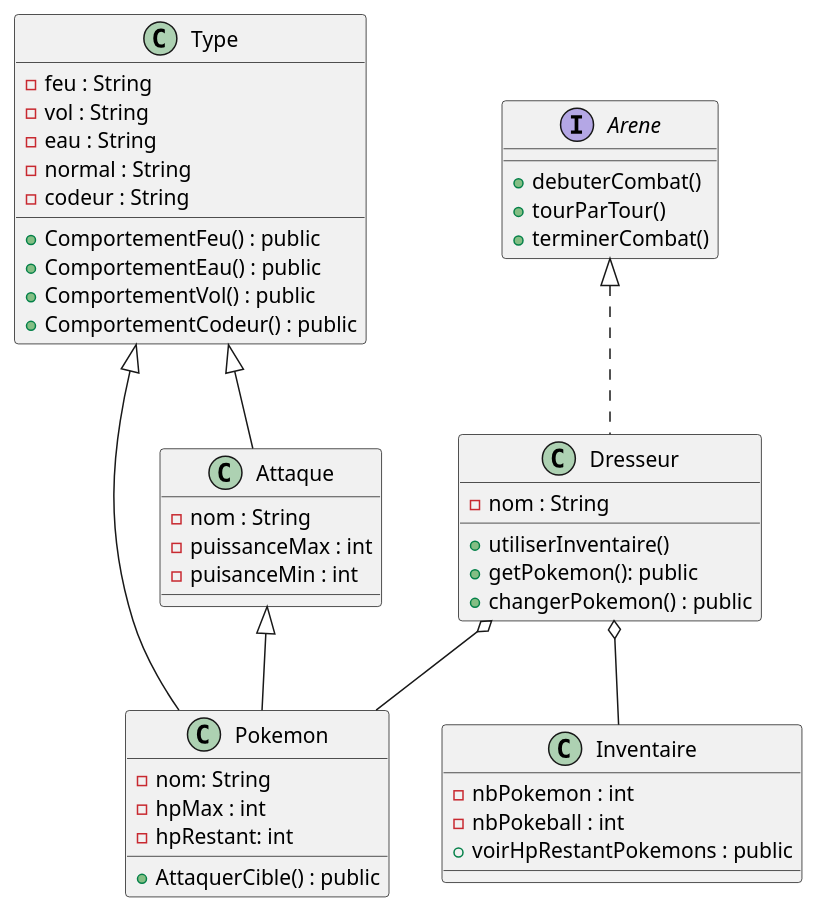
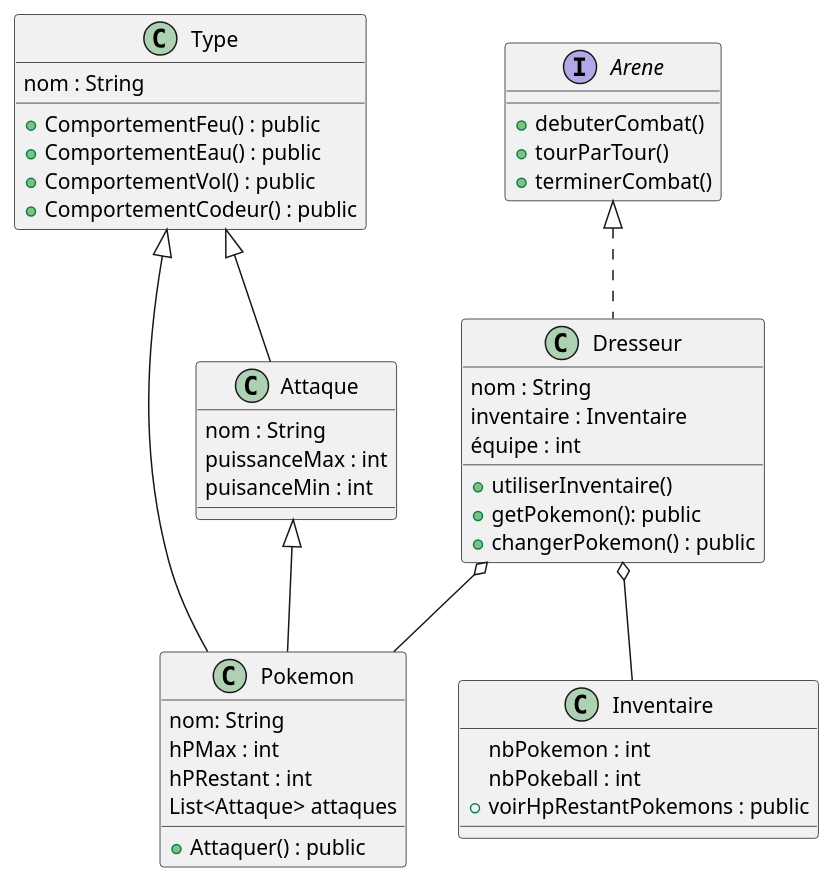
Before and after one commit to ELMcode/PokemonJava: the diagram in README.md, drawn with PlantUML. The commit also changed other lines of this file, not shown here.

Commit message:
Fix(PokemonApp/ReadMe)  diagramme :memo:

````diff
--- a/README.md
+++ b/README.md
@@ -12,55 +12,54 @@
 ```plantuml
 @startuml
 
 Class Dresseur implements Arene{
-- nom : String
+nom : String
+inventaire : Inventaire
+équipe : int
 + utiliserInventaire()
 + getPokemon(): public
 + changerPokemon() : public
 }
 
 Class Pokemon extends Type, Attaque {
-- nom: String
-- hpMax : int
-- hpRestant: int
-+ AttaquerCible() : public
+nom: String
+hPMax : int
+hPRestant : int
+List<Attaque> attaques
++ Attaquer() : public
 }
 
 Class Type {
-- feu : String
-- vol : String
-- eau : String
-- normal : String
-- codeur : String
+nom : String
 + ComportementFeu() : public
 + ComportementEau() : public
 + ComportementVol() : public
 + ComportementCodeur() : public
 }
 
 Class Attaque extends Type {
-- nom : String
-- puissanceMax : int
-- puisanceMin : int
+nom : String
+puissanceMax : int
+puisanceMin : int
 
 }
 
 Interface Arene{
 + debuterCombat()
 + tourParTour()
 + terminerCombat() 
 }
 
 
 
 Class Inventaire {
-- nbPokemon : int
-- nbPokeball : int
+nbPokemon : int
+nbPokeball : int
 + voirHpRestantPokemons : public
 }
 
 Dresseur o-- Pokemon
 Dresseur o-- Inventaire
 
 @enduml
 ```
````
